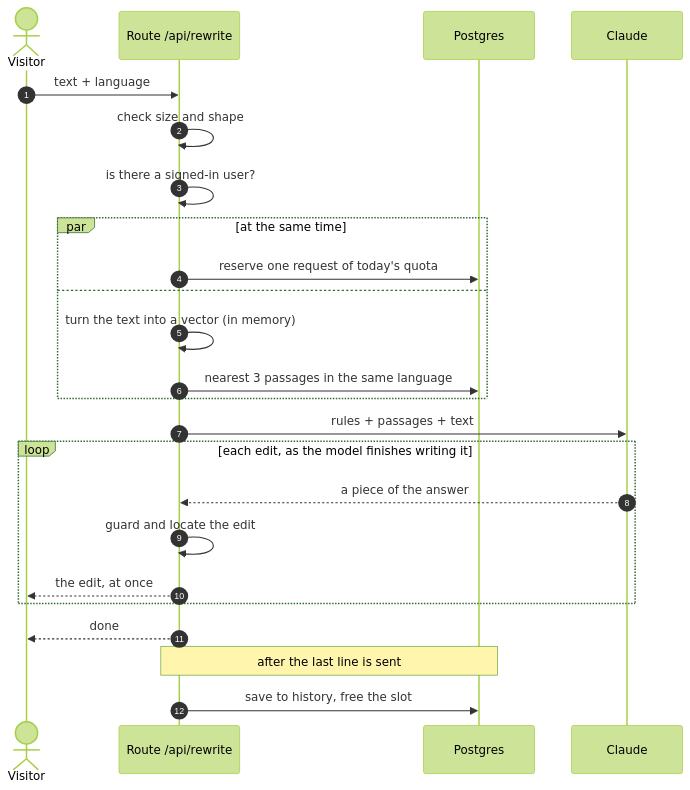
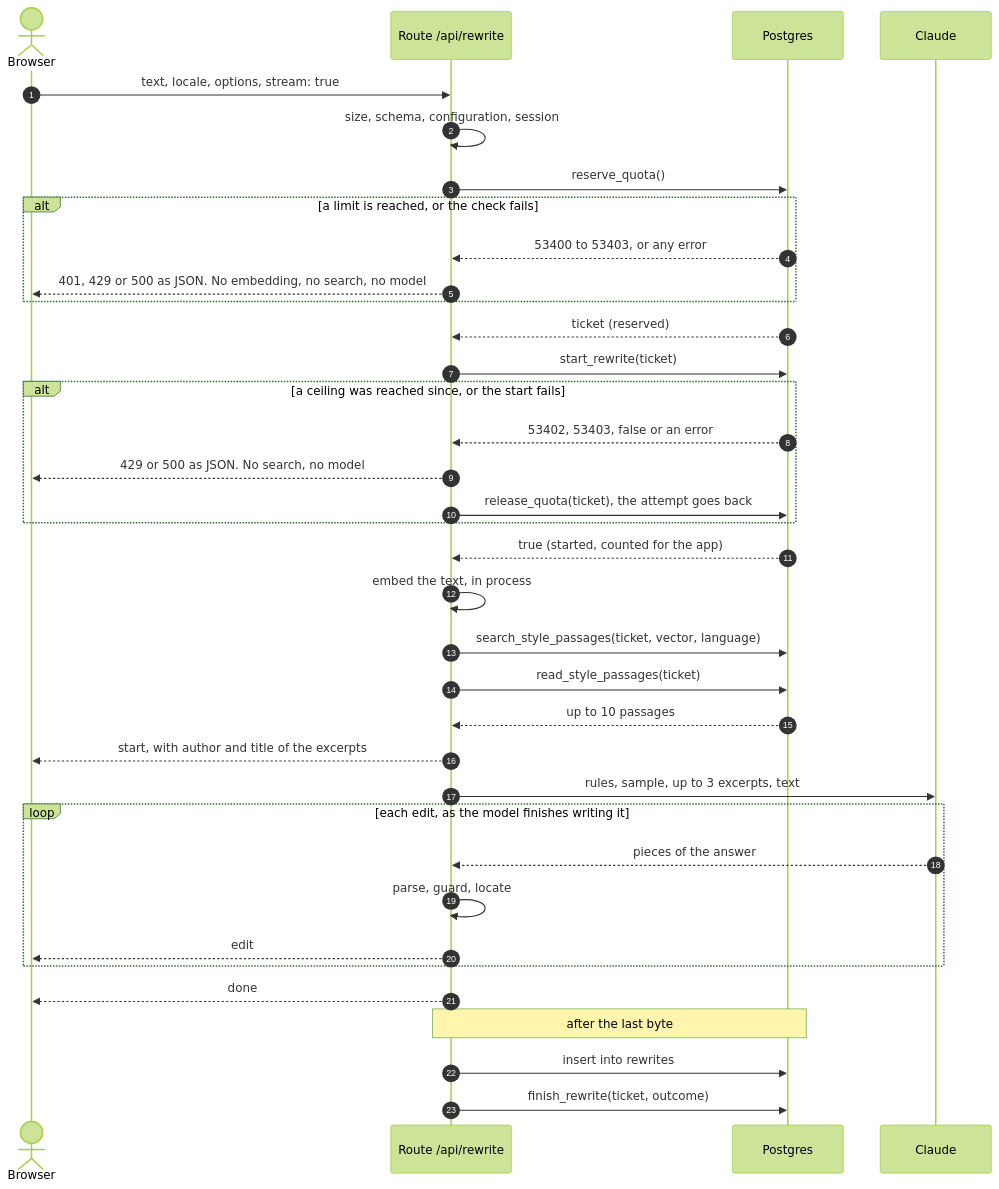
The second of 3 diagrams in docs/ARCHITECTURE.md (Azekf11/IA_Writing), drawn with Mermaid (forest theme) before and after one commit. The commit also changed other lines of this file and 201 other files, not shown here.

First line of the commit message:
Enforce the quota in the database, clean the repository, document the architecture

````diff
--- a/docs/ARCHITECTURE.md
+++ b/docs/ARCHITECTURE.md
@@ -33,27 +59,39 @@
 ```mermaid
 sequenceDiagram
     autonumber
-    actor V as Visitor
+    actor B as Browser
     participant R as Route /api/rewrite
     participant DB as Postgres
-    participant L as Claude
+    participant M as Claude
 
-    V->>R: text + language
-    R->>R: check size and shape
-    R->>R: is there a signed-in user?
-    par at the same time
-        R->>DB: reserve one request of today's quota
-    and
-        R->>R: turn the text into a vector (in memory)
-        R->>DB: nearest 3 passages in the same language
+    B->>R: text, locale, options, stream: true
+    R->>R: size, schema, configuration, session
+    R->>DB: reserve_quota()
+    alt a limit is reached, or the check fails
+        DB-->>R: 53400 to 53403, or any error
+        R-->>B: 401, 429 or 500 as JSON. No embedding, no search, no model
     end
-    R->>L: rules + passages + text
+    DB-->>R: ticket (reserved)
+    R->>DB: start_rewrite(ticket)
+    alt a ceiling was reached since, or the start fails
+        DB-->>R: 53402, 53403, false or an error
+        R-->>B: 429 or 500 as JSON. No search, no model
+        R->>DB: release_quota(ticket), the attempt goes back
+    end
+    DB-->>R: true (started, counted for the app)
+    R->>R: embed the text, in process
+    R->>DB: search_style_passages(ticket, vector, language)
+    R->>DB: read_style_passages(ticket)
+    DB-->>R: up to 10 passages
+    R-->>B: start, with author and title of the excerpts
+    R->>M: rules, sample, up to 3 excerpts, text
     loop each edit, as the model finishes writing it
-        L-->>R: a piece of the answer
-        R->>R: guard and locate the edit
-        R-->>V: the edit, at once
+        M-->>R: pieces of the answer
+        R->>R: parse, guard, locate
+        R-->>B: edit
     end
-    R-->>V: done
-    Note over R,DB: after the last line is sent
-    R->>DB: save to history, free the slot
+    R-->>B: done
+    Note over R,DB: after the last byte
+    R->>DB: insert into rewrites
+    R->>DB: finish_rewrite(ticket, outcome)
 ```
````
